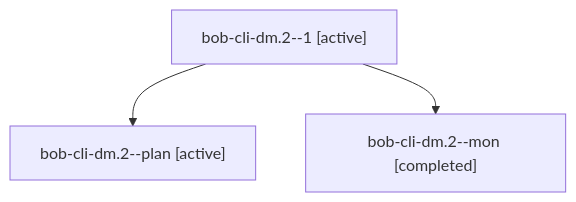
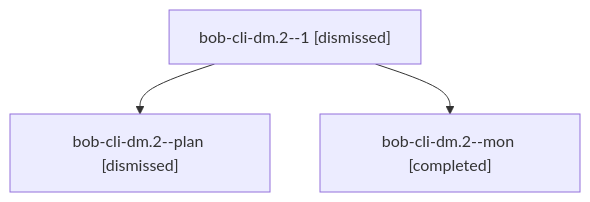
The diagram in sessions/bbugyi200.apollo.bob-cli-dm.2.md (bobs-org/bob-cli--agents), drawn with Mermaid before and after one commit. The commit also changed other lines of this file and 222 other files, not shown here.

````diff
--- a/sessions/bbugyi200.apollo.bob-cli-dm.2.md
+++ b/sessions/bbugyi200.apollo.bob-cli-dm.2.md
@@ -9,8 +9,8 @@
 ```mermaid
 flowchart TD
-  n0["bob-cli-dm.2--1 [active]"]
-  n1["bob-cli-dm.2--plan [active]"]
+  n0["bob-cli-dm.2--1 [dismissed]"]
+  n1["bob-cli-dm.2--plan [dismissed]"]
   n0 --> n1
   n2["bob-cli-dm.2--mon [completed]"]
   n0 --> n2
 ```
````
